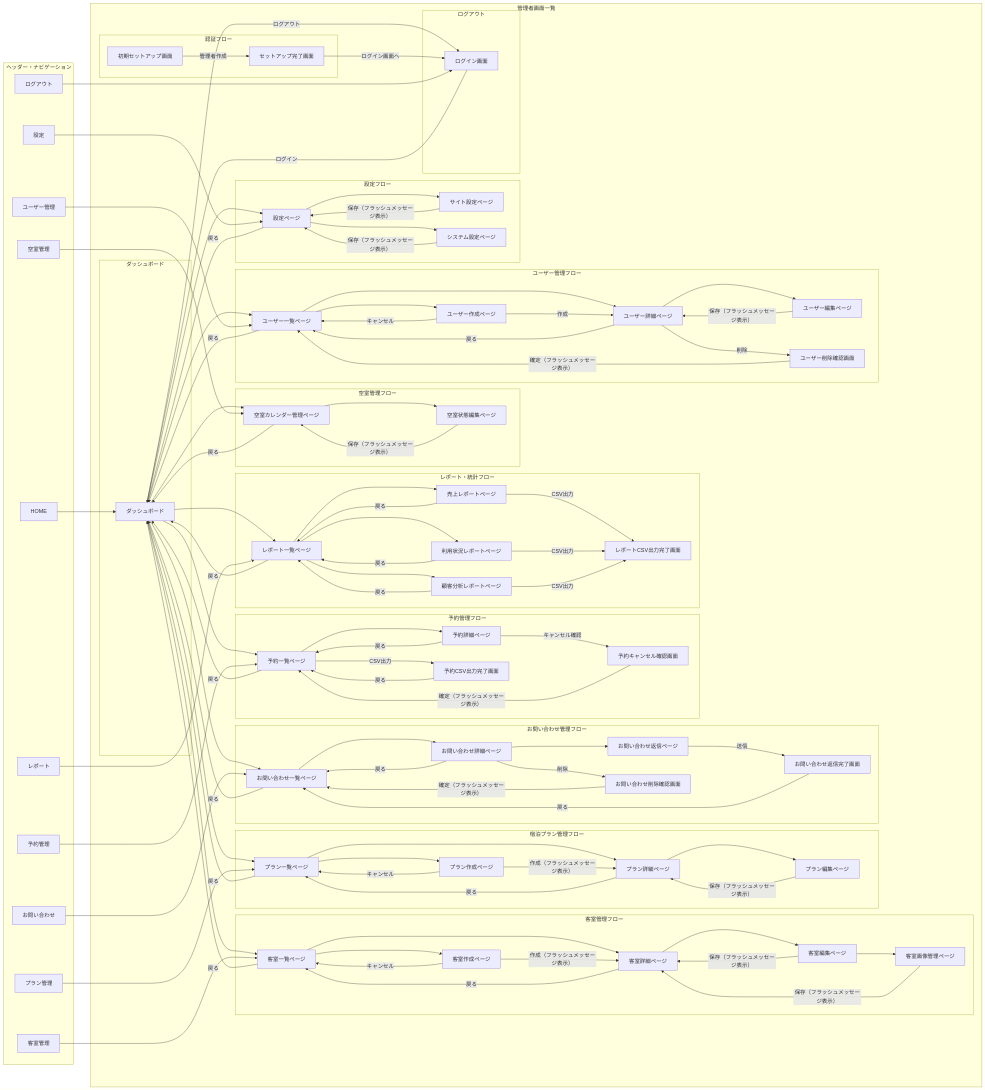
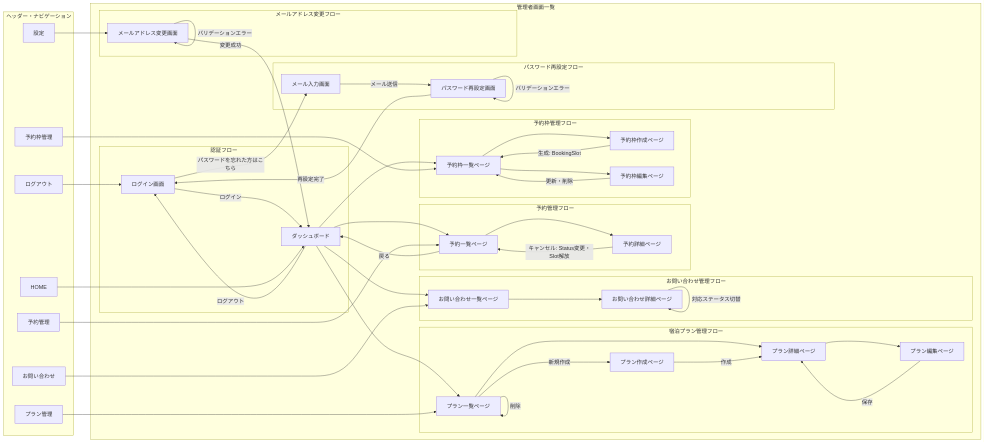
Before and after one commit to linuxfirstMint/your-school: the diagram in hotel-reservation/doc/admin_screen_transition.mmd, drawn with Mermaid. The commit also changed 1 other file, not shown here.

Commit message:
docs: 画面遷移図を仕様書に合わせて修正
- 管理者側: パスワード再設定・メールアドレス変更フローを追加、宿泊プラン削除遷移を追加
- 管理者側: 仕様にない客室管理・レポート・ユーザー管理フローを削除
- 宿泊者側: 空室カレンダーの部屋タイプ切替をセルフループで表現
- 宿泊者側: 仕様にない認証フロー・マイページ機能を削除

```diff
--- a/hotel-reservation/doc/admin_screen_transition.mmd
+++ b/hotel-reservation/doc/admin_screen_transition.mmd
@@ -1,127 +1,65 @@
 flowchart LR
     subgraph Admin [管理者画面一覧]
 
-
-        subgraph Dashboard [ダッシュボード]
-            ダッシュボード
+        subgraph Authentication [認証フロー]
+            ログイン画面 -->|ログイン| ダッシュボード
+            ダッシュボード -->|ログアウト| ログイン画面
         end
 
         subgraph Reservation Management [予約管理フロー]
             ダッシュボード --> 予約一覧ページ
             予約一覧ページ --> 予約詳細ページ
-            予約詳細ページ -->|キャンセル確認| 予約キャンセル確認画面
-            予約キャンセル確認画面 -->|確定（フラッシュメッセージ表示）| 予約一覧ページ
-            予約詳細ページ -->|戻る| 予約一覧ページ
-            予約一覧ページ -->|CSV出力| 予約CSV出力完了画面
-            予約CSV出力完了画面 -->|戻る| 予約一覧ページ
+            予約詳細ページ -->|キャンセル: Status変更・Slot解放| 予約一覧ページ
             予約一覧ページ -->|戻る| ダッシュボード
         end
-
-        subgraph Room Management [客室管理フロー]
-            ダッシュボード --> 客室一覧ページ
-            客室一覧ページ --> 客室詳細ページ
-            客室詳細ページ --> 客室編集ページ
-            客室編集ページ --> 客室画像管理ページ
-            客室画像管理ページ -->|保存（フラッシュメッセージ表示）| 客室詳細ページ
-            客室編集ページ -->|保存（フラッシュメッセージ表示）| 客室詳細ページ
-            客室詳細ページ -->|戻る| 客室一覧ページ
-            客室一覧ページ --> 客室作成ページ
-            客室作成ページ -->|作成（フラッシュメッセージ表示）| 客室詳細ページ
-            客室作成ページ -->|キャンセル| 客室一覧ページ
-            客室一覧ページ -->|戻る| ダッシュボード
-        end
-
         
         subgraph Accommodation Plan Management [宿泊プラン管理フロー]
             ダッシュボード --> プラン一覧ページ
             プラン一覧ページ --> プラン詳細ページ
             プラン詳細ページ --> プラン編集ページ
-            プラン編集ページ -->|保存（フラッシュメッセージ表示）| プラン詳細ページ
-            プラン詳細ページ -->|戻る| プラン一覧ページ
-            プラン一覧ページ --> プラン作成ページ
-            プラン作成ページ -->|作成（フラッシュメッセージ表示）| プラン詳細ページ
-            プラン作成ページ -->|キャンセル| プラン一覧ページ
-            プラン一覧ページ -->|戻る| ダッシュボード
+            プラン編集ページ -->|保存| プラン詳細ページ
+            プラン作成ページ -->|作成| プラン詳細ページ
+            プラン一覧ページ -->|削除| プラン一覧ページ
+            プラン一覧ページ -->|新規作成| プラン作成ページ
         end
+        
+        
 
-        subgraph Vacancy Management [空室管理フロー]
-            ダッシュボード --> 空室カレンダー管理ページ
-            空室カレンダー管理ページ --> 空室状態編集ページ
-            空室状態編集ページ -->|保存（フラッシュメッセージ表示）| 空室カレンダー管理ページ
-            空室カレンダー管理ページ -->|戻る| ダッシュボード
+        subgraph Vacancy Management [予約枠管理フロー]
+            ダッシュボード --> 予約枠一覧ページ
+            予約枠一覧ページ --> 予約枠作成ページ
+            予約枠一覧ページ --> 予約枠編集ページ
+            予約枠作成ページ -->|生成: BookingSlot| 予約枠一覧ページ
+            予約枠編集ページ -->|更新・削除| 予約枠一覧ページ
         end
 
         subgraph Inquiry [お問い合わせ管理フロー]
             ダッシュボード --> お問い合わせ一覧ページ
             お問い合わせ一覧ページ --> お問い合わせ詳細ページ
-            お問い合わせ詳細ページ --> お問い合わせ返信ページ
-            お問い合わせ返信ページ -->|送信| お問い合わせ返信完了画面
-            お問い合わせ返信完了画面 -->|戻る| お問い合わせ一覧ページ
-            お問い合わせ詳細ページ -->|削除| お問い合わせ削除確認画面
-            お問い合わせ削除確認画面 -->|確定（フラッシュメッセージ表示）| お問い合わせ一覧ページ
-            お問い合わせ詳細ページ -->|戻る| お問い合わせ一覧ページ
-            お問い合わせ一覧ページ -->|戻る| ダッシュボード
+            お問い合わせ詳細ページ -->|対応ステータス切替| お問い合わせ詳細ページ
         end
-
-
-        subgraph Reports/Statistics [レポート・統計フロー]
-            ダッシュボード --> レポート一覧ページ
-            レポート一覧ページ --> 売上レポートページ
-            レポート一覧ページ --> 利用状況レポートページ
-            レポート一覧ページ --> 顧客分析レポートページ
-            売上レポートページ -->|CSV出力| レポートCSV出力完了画面
-            利用状況レポートページ -->|CSV出力| レポートCSV出力完了画面
-            顧客分析レポートページ -->|CSV出力| レポートCSV出力完了画面
-            売上レポートページ -->|戻る| レポート一覧ページ
-            利用状況レポートページ -->|戻る| レポート一覧ページ
-            顧客分析レポートページ -->|戻る| レポート一覧ページ
-            レポート一覧ページ -->|戻る| ダッシュボード
+        
+        subgraph Password Reset [パスワード再設定フロー]
+            ログイン画面 -->|パスワードを忘れた方はこちら| メール入力画面
+            メール入力画面 -->|メール送信| パスワード再設定画面
+            パスワード再設定画面 -->|再設定完了| ログイン画面
+            パスワード再設定画面 -->|バリデーションエラー| パスワード再設定画面
         end
-
-        subgraph User Management [ユーザー管理フロー]
-            ダッシュボード --> ユーザー一覧ページ
-            ユーザー一覧ページ --> ユーザー詳細ページ
-            ユーザー詳細ページ --> ユーザー編集ページ
-            ユーザー編集ページ -->|保存（フラッシュメッセージ表示）| ユーザー詳細ページ
-            ユーザー詳細ページ -->|削除| ユーザー削除確認画面
-            ユーザー削除確認画面 -->|確定（フラッシュメッセージ表示）| ユーザー一覧ページ
-            ユーザー詳細ページ -->|戻る| ユーザー一覧ページ
-            ユーザー一覧ページ --> ユーザー作成ページ
-            ユーザー作成ページ -->|作成| ユーザー詳細ページ
-            ユーザー作成ページ -->|キャンセル| ユーザー一覧ページ
-            ユーザー一覧ページ -->|戻る| ダッシュボード
+        
+        subgraph Email Change [メールアドレス変更フロー]
+            メールアドレス変更画面 -->|変更成功| ダッシュボード
+            メールアドレス変更画面 -->|バリデーションエラー| メールアドレス変更画面  
         end
-
-        subgraph Setting [設定フロー]
-            ダッシュボード --> 設定ページ
-            設定ページ --> サイト設定ページ
-            設定ページ --> システム設定ページ
-            サイト設定ページ -->|保存（フラッシュメッセージ表示）| 設定ページ
-            システム設定ページ -->|保存（フラッシュメッセージ表示）| 設定ページ
-            設定ページ -->|戻る| ダッシュボード
-        end
-
-
-        subgraph Logout [ログアウト]
-            ダッシュボード -->|ログアウト| ログイン画面
-        end
-
-        subgraph Authentication [認証フロー]
-            初期セットアップ画面 -->|管理者作成| セットアップ完了画面
-            セットアップ完了画面 -->|ログイン画面へ| ログイン画面
-            ログイン画面 -->|ログイン| ダッシュボード
-        end
+        
+        
     end
 
     subgraph Header[ヘッダー・ナビゲーション]
         HOME -->ダッシュボード
         予約管理 -->予約一覧ページ
-        客室管理 -->客室一覧ページ
         プラン管理 -->プラン一覧ページ
-        空室管理 -->空室カレンダー管理ページ
+        予約枠管理 -->予約枠一覧ページ
         お問い合わせ -->お問い合わせ一覧ページ
-        レポート -->レポート一覧ページ
-        ユーザー管理 -->ユーザー一覧ページ
-        設定 -->設定ページ
         ログアウト -->ログイン画面
+        設定 -->メールアドレス変更画面
     end
```
